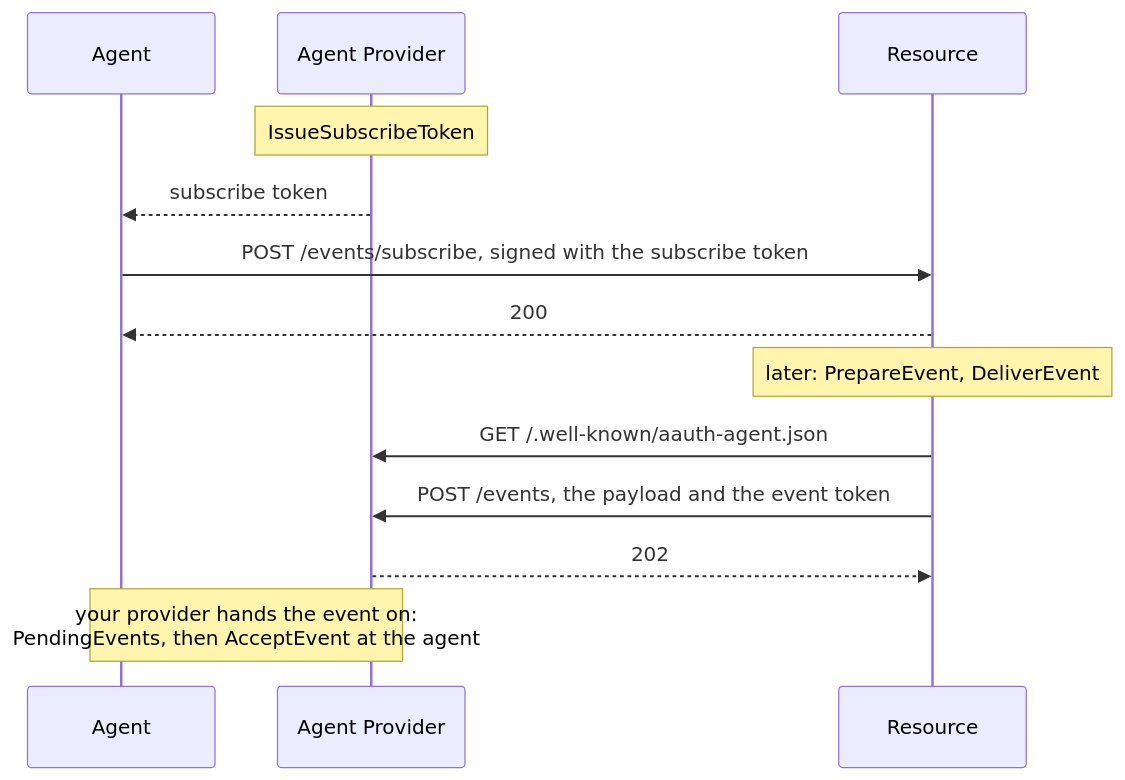
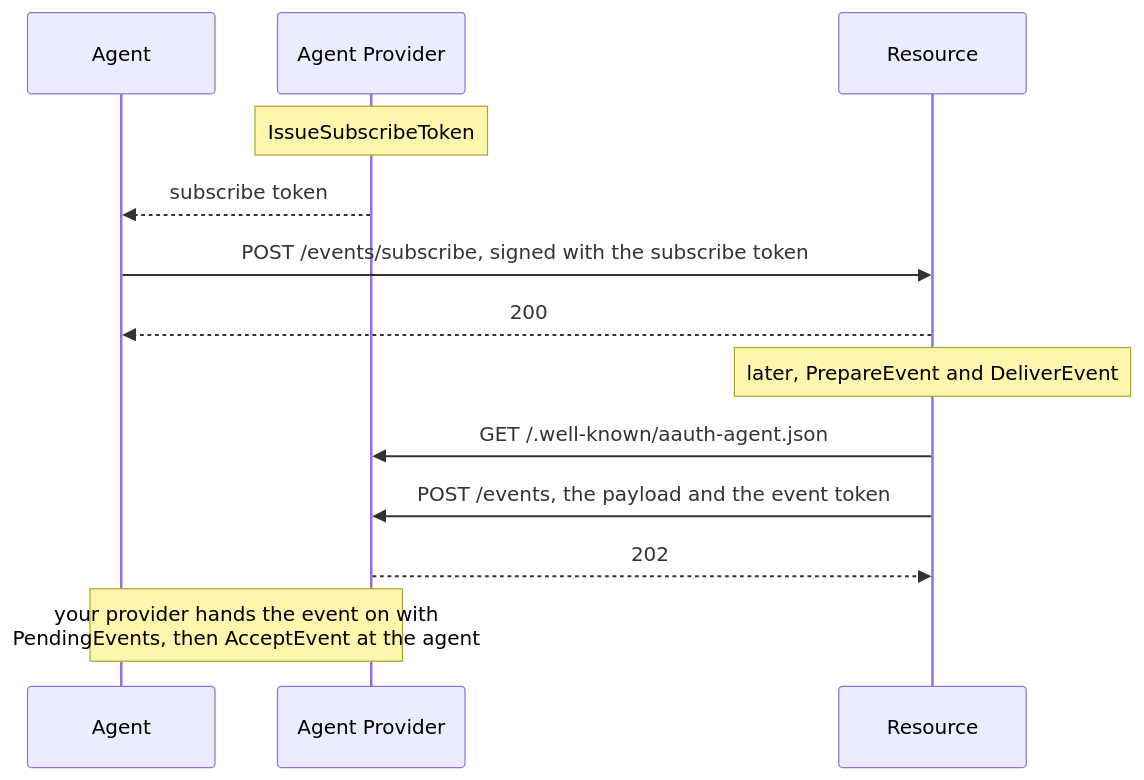
Before and after one commit to sidecat-dev/aauth-go: the diagram in docs/features/events.md, drawn with Mermaid. The commit also changed 14 other files, not shown here.

First line of the commit message:
docs: make every mermaid diagram render on GitLab

````diff
--- a/docs/features/events.md
+++ b/docs/features/events.md
@@ -26,15 +26,15 @@
 ```mermaid
 sequenceDiagram
     participant Agent
     participant AP as Agent Provider
     participant Resource
-    Note over AP: IssueSubscribeToken
-    AP-->>Agent: subscribe token
-    Agent->>Resource: POST /events/subscribe, signed with the subscribe token
-    Resource-->>Agent: 200
-    Note over Resource: later: PrepareEvent, DeliverEvent
-    Resource->>AP: GET /.well-known/aauth-agent.json
-    Resource->>AP: POST /events, the payload and the event token
-    AP-->>Resource: 202
-    Note over AP,Agent: your provider hands the event on:<br/>PendingEvents, then AcceptEvent at the agent
+    Note over AP : IssueSubscribeToken
+    AP-->>Agent : subscribe token
+    Agent->>Resource : POST /events/subscribe, signed with the subscribe token
+    Resource-->>Agent : 200
+    Note over Resource : later, PrepareEvent and DeliverEvent
+    Resource->>AP : GET /.well-known/aauth-agent.json
+    Resource->>AP : POST /events, the payload and the event token
+    AP-->>Resource : 202
+    Note over AP,Agent : your provider hands the event on with<br/>PendingEvents, then AcceptEvent at the agent
 ```
````
